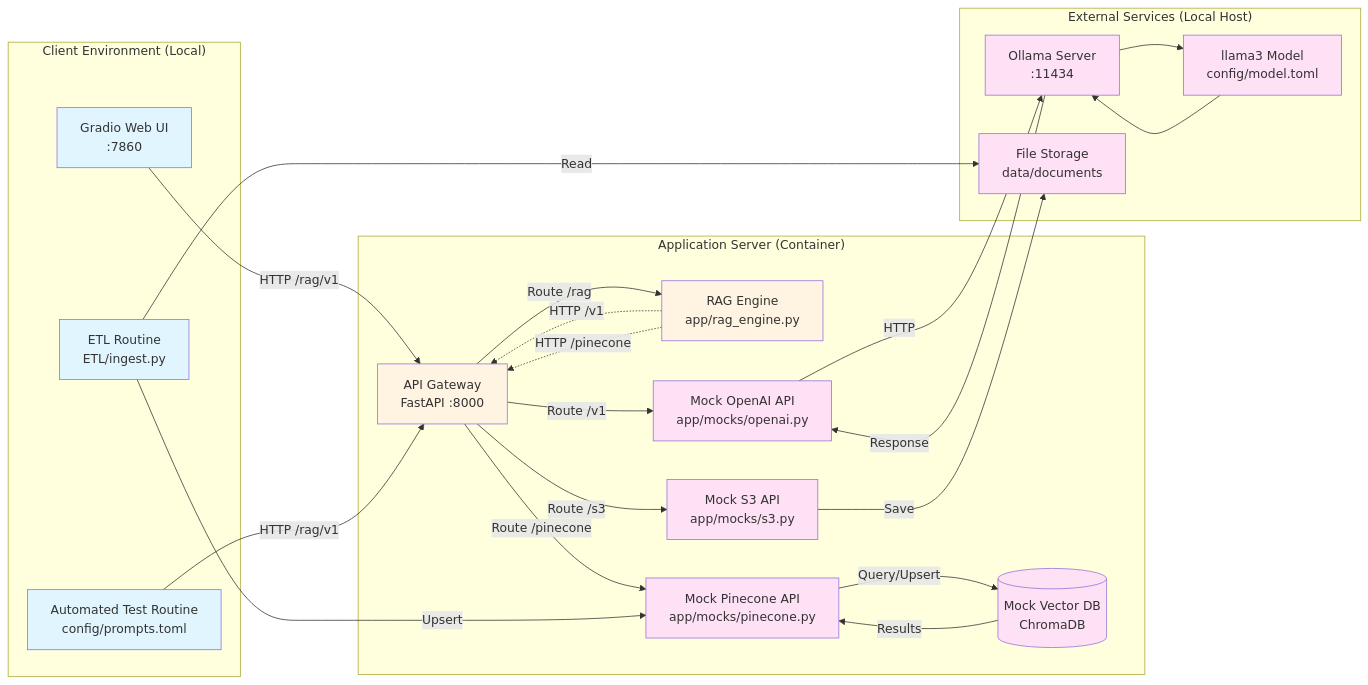
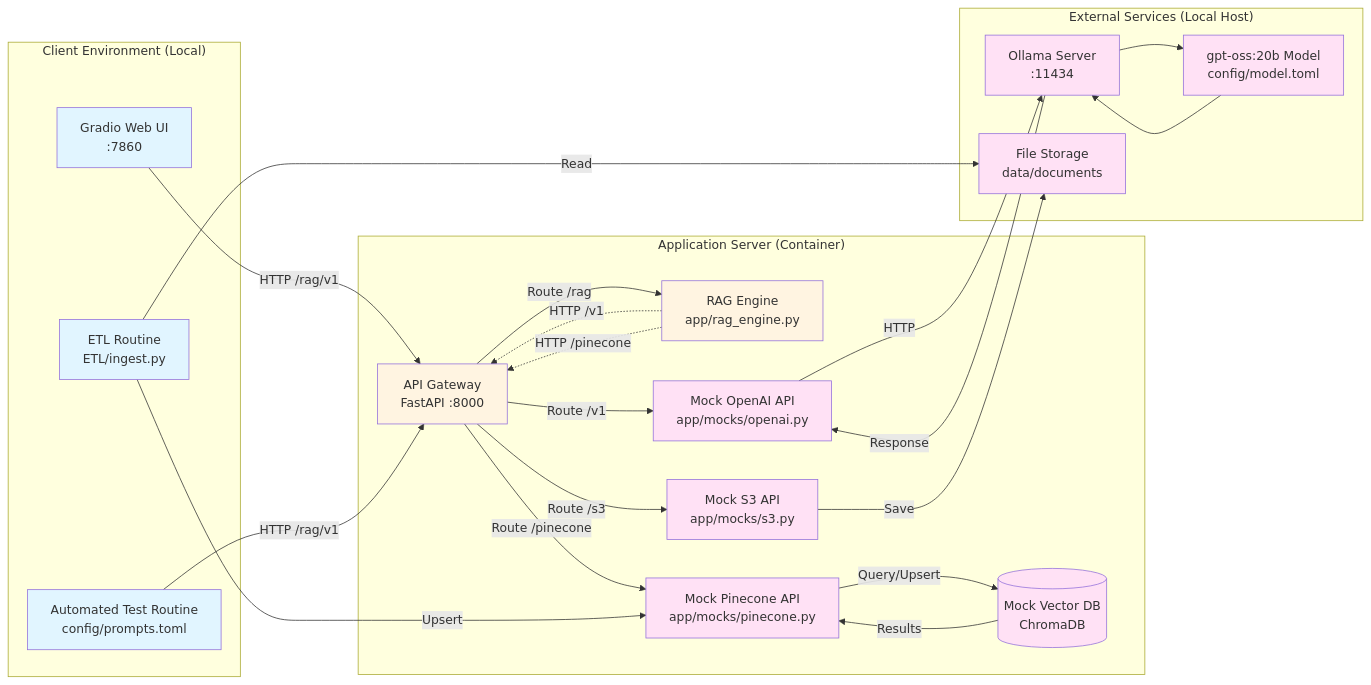
One commit to OWASP/www-project-top-10-for-large-language-model-applications changed the second of 2 diagrams in initiatives/genai_red_team_handbook/sandboxes/RAG_local/README.md. Above: the diagram before and after it, drawn with Mermaid. The commit also changed other lines of this file and 7 other files, not shown here.

````diff
--- a/initiatives/genai_red_team_handbook/sandboxes/RAG_local/README.md
+++ b/initiatives/genai_red_team_handbook/sandboxes/RAG_local/README.md
@@ -59,59 +59,59 @@
 ```mermaid
 graph LR
     subgraph "Client Environment (Local)"
         GradioUI[Gradio Web UI<br/>:7860]
         TestClient[Automated Test Routine<br/>config/prompts.toml]
         ETL[ETL Routine<br/>ETL/ingest.py]
     end
     
     subgraph "Application Server (Container)"
         MockAPI[API Gateway<br/>FastAPI :8000]
         RAGEngine[RAG Engine<br/>app/rag_engine.py]
         MockOpenAI[Mock OpenAI API<br/>app/mocks/openai.py]
         MockPinecone[Mock Pinecone API<br/>app/mocks/pinecone.py]
         MockS3[Mock S3 API<br/>app/mocks/s3.py]
         ChromaDB[(Mock Vector DB<br/>ChromaDB)]
     end
     
     subgraph "External Services (Local Host)"
         Ollama[Ollama Server<br/>:11434]
-        Model[llama3 Model<br/>config/model.toml]
+        Model[gpt-oss:20b Model<br/>config/model.toml]
         FileStorage[File Storage<br/>data/documents]
     end
     
     GradioUI -->|HTTP /rag/v1| MockAPI
     TestClient -->|HTTP /rag/v1| MockAPI
     
     MockAPI -->|Route /rag| RAGEngine
     MockAPI -->|Route /v1| MockOpenAI
     MockAPI -->|Route /pinecone| MockPinecone
     MockAPI -->|Route /s3| MockS3
     
     RAGEngine -.->|HTTP /v1| MockAPI
     RAGEngine -.->|HTTP /pinecone| MockAPI
     
     MockOpenAI -->|HTTP| Ollama
     Ollama --> Model
     Model --> Ollama
     Ollama -->|Response| MockOpenAI
     
     MockPinecone -->|Query/Upsert| ChromaDB
     ChromaDB -->|Results| MockPinecone
     
     MockS3 -->|Save| FileStorage
     ETL -->|Read| FileStorage
     ETL -->|Upsert| MockPinecone
     
     style GradioUI fill:#e1f5ff
     style TestClient fill:#e1f5ff
     style ETL fill:#e1f5ff
     style MockAPI fill:#fff4e1
     style RAGEngine fill:#fff4e1
     style MockOpenAI fill:#ffe1f5
     style MockPinecone fill:#ffe1f5
     style MockS3 fill:#ffe1f5
     style ChromaDB fill:#ffe1f5
     style Ollama fill:#ffe1f5
     style Model fill:#ffe1f5
     style FileStorage fill:#ffe1f5
 ```
````
